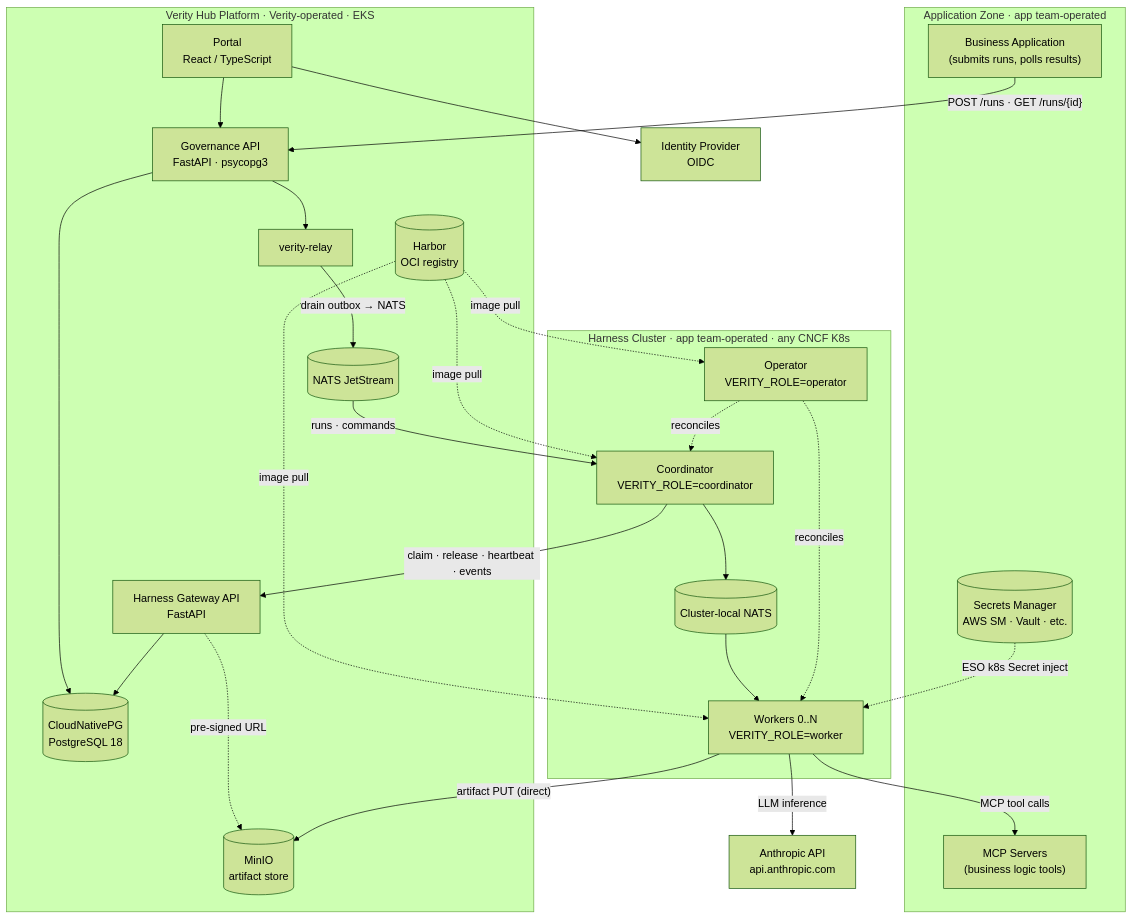
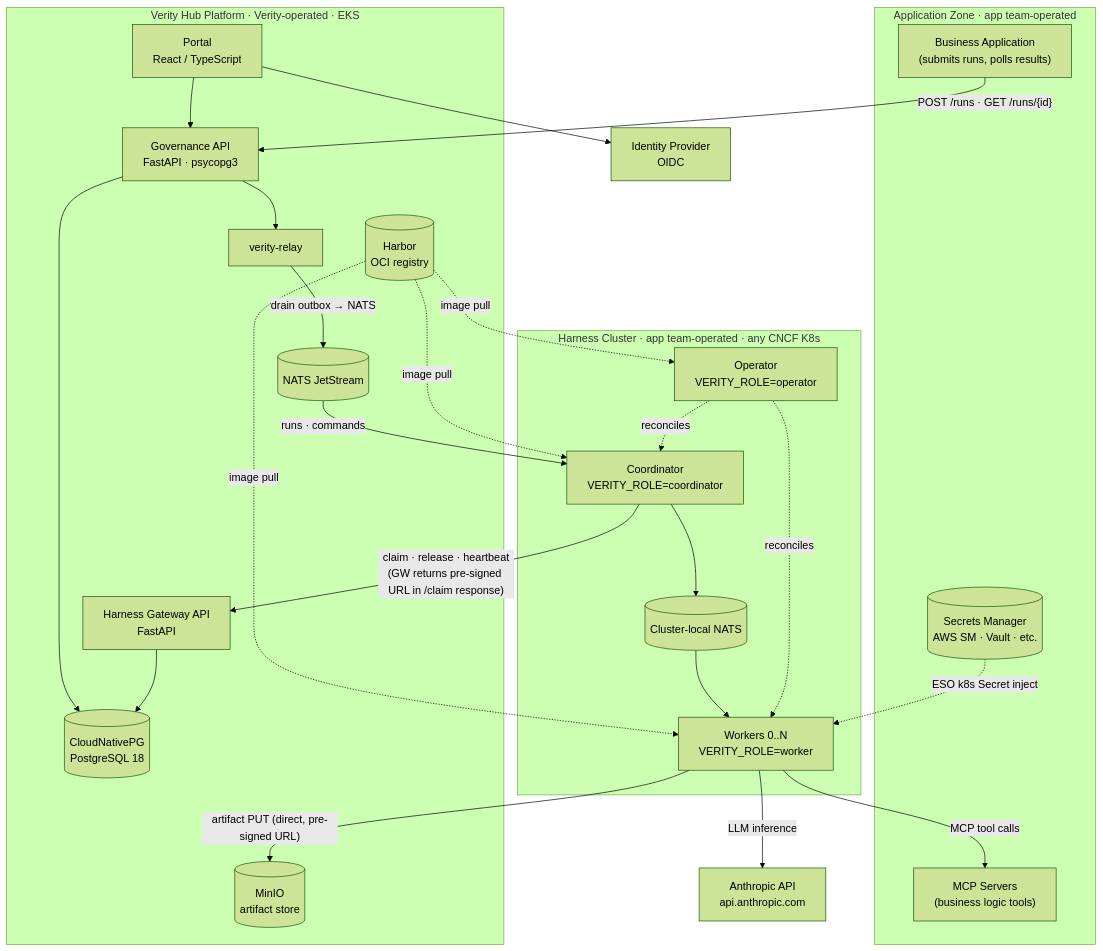
Before and after one commit to anilvenugopal/verity: the first of 13 diagrams in specs/architecture/technical-architecture-deck.md, drawn with Mermaid (forest theme). The commit also changed other lines of this file, not shown here.

````diff
--- a/specs/architecture/technical-architecture-deck.md
+++ b/specs/architecture/technical-architecture-deck.md
@@ -33,51 +33,50 @@
 ```mermaid
 graph TB
     subgraph APP_ZONE ["Application Zone  ·  app team-operated"]
         APP["Business Application\n(submits runs, polls results)"]
         MCP["MCP Servers\n(business logic tools)"]
         SM[("Secrets Manager\nAWS SM · Vault · etc.")]
     end
 
     subgraph HUB_ZONE ["Verity Hub Platform  ·  Verity-operated  ·  EKS"]
         PORT["Portal\nReact / TypeScript"]
         GAPI["Governance API\nFastAPI · psycopg3"]
         GW["Harness Gateway API\nFastAPI"]
         REL["verity-relay"]
         NJ[("NATS JetStream")]
         PG[("CloudNativePG\nPostgreSQL 18")]
         MNO[("MinIO\nartifact store")]
         HBR[("Harbor\nOCI registry")]
     end
 
     subgraph CLUSTER ["Harness Cluster  ·  app team-operated  ·  any CNCF K8s"]
         OPR["Operator\nVERITY_ROLE=operator"]
         CRD["Coordinator\nVERITY_ROLE=coordinator"]
         WRK["Workers  0..N\nVERITY_ROLE=worker"]
         CLN[("Cluster-local NATS")]
     end
 
     EXT_AN["Anthropic API\napi.anthropic.com"]
     EXT_ID["Identity Provider\nOIDC"]
 
     APP -->|"POST /runs · GET /runs/{id}"| GAPI
     PORT --> GAPI
     PORT --> EXT_ID
     GAPI --> PG
     GAPI --> REL
     REL -->|"drain outbox → NATS"| NJ
     NJ -->|"runs · commands"| CRD
-    CRD -->|"claim · release · heartbeat · events"| GW
+    CRD -->|"claim · release · heartbeat\n(GW returns pre-signed URL in /claim response)"| GW
     GW --> PG
-    GW -.->|"pre-signed URL"| MNO
-    WRK -->|"artifact PUT (direct)"| MNO
+    WRK -->|"artifact PUT (direct, pre-signed URL)"| MNO
     WRK -->|"LLM inference"| EXT_AN
     WRK -->|"MCP tool calls"| MCP
     CRD --> CLN
     CLN --> WRK
     OPR -.->|"reconciles"| CRD
     OPR -.->|"reconciles"| WRK
     SM -.->|"ESO k8s Secret inject"| WRK
     HBR -.->|"image pull"| OPR
     HBR -.->|"image pull"| CRD
     HBR -.->|"image pull"| WRK
 ```
````
